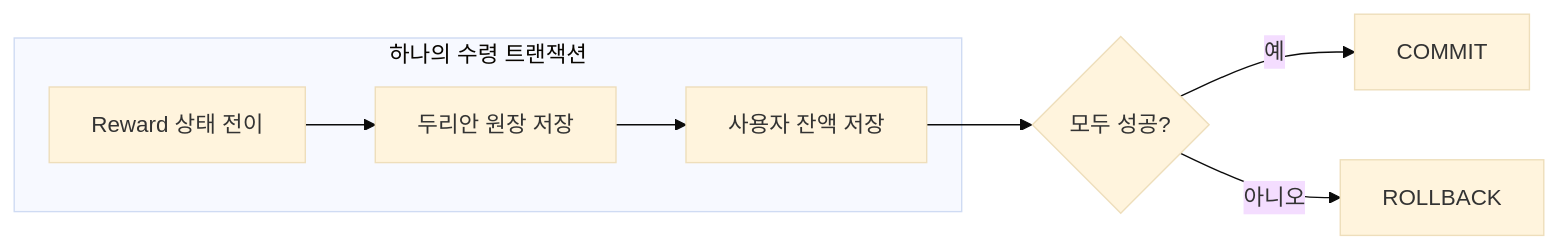
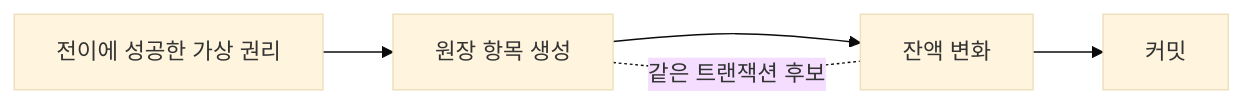
The fifth of 7 diagrams in _posts/2026-03-20-reward-creation-receipt-charge-responsibility.md (jiwon11/jiwon11.github.io), drawn with Mermaid (base theme) before and after one commit. The commit also changed other lines of this file and 4 other files, not shown here.

```diff
--- a/_posts/2026-03-20-reward-creation-receipt-charge-responsibility.md
+++ b/_posts/2026-03-20-reward-creation-receipt-charge-responsibility.md
@@ -437,11 +195,7 @@
 ~~~mermaid
 flowchart LR
-    subgraph TX["하나의 수령 트랜잭션"]
-        A["Reward 상태 전이"] --> B["두리안 원장 저장"]
-        B --> C["사용자 잔액 저장"]
-    end
-
-    C --> D{모두 성공?}
-    D -->|예| E["COMMIT"]
-    D -->|아니오| F["ROLLBACK"]
+    V["전이에 성공한 가상 권리"] --> L["원장 항목 생성"]
+    L --> B["잔액 변화"]
+    B --> C["커밋"]
+    L -. "같은 트랜잭션 후보" .- B
 ~~~
```
